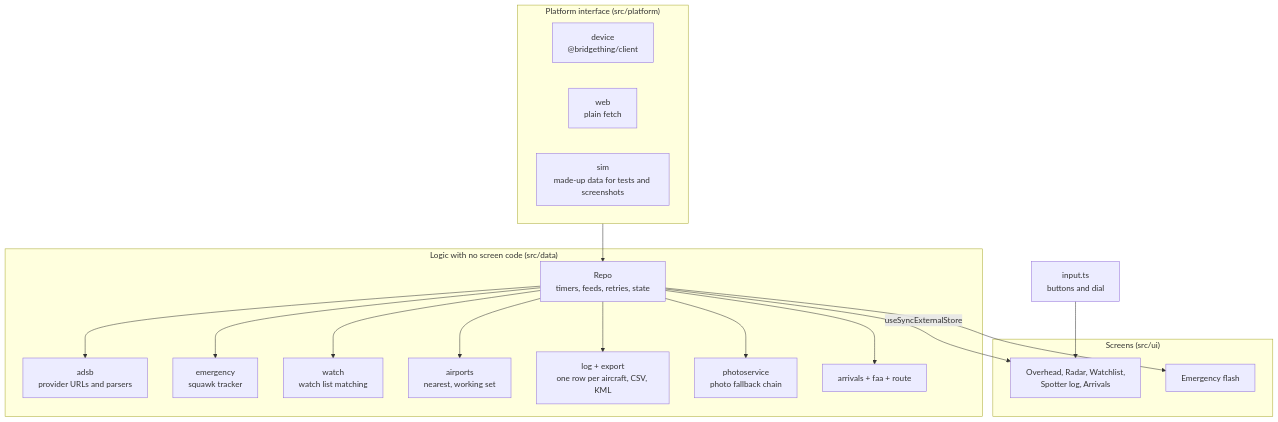
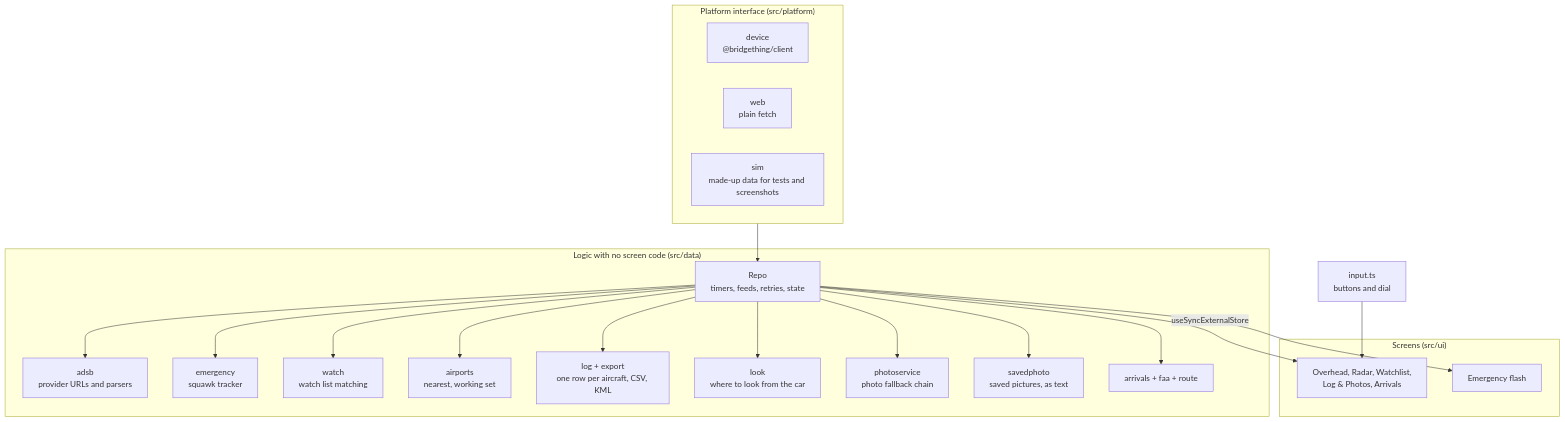
Before and after one commit to tomarlowe/plane-thing: the second of 5 diagrams in docs/architecture.md, drawn with Mermaid. The commit also changed other lines of this file and 28 other files, not shown here.

````diff
--- a/docs/architecture.md
+++ b/docs/architecture.md
@@ -41,27 +41,29 @@
 ```mermaid
 flowchart TB
   subgraph PLAT["Platform interface (src/platform)"]
     DEV["device<br/>@bridgething/client"]
     WEB["web<br/>plain fetch"]
     SIM["sim<br/>made-up data for tests and screenshots"]
   end
   subgraph DATA["Logic with no screen code (src/data)"]
     REPO["Repo<br/>timers, feeds, retries, state"]
     ADSBP["adsb<br/>provider URLs and parsers"]
     EM["emergency<br/>squawk tracker"]
     WATCH["watch<br/>watch list matching"]
     APT["airports<br/>nearest, working set"]
     LOG["log + export<br/>one row per aircraft, CSV, KML"]
+    LOOK["look<br/>where to look from the car"]
     PHOTOS["photoservice<br/>photo fallback chain"]
+    SAVED["savedphoto<br/>saved pictures, as text"]
     ARR["arrivals + faa + route"]
   end
   subgraph UI["Screens (src/ui)"]
-    SCR["Overhead, Radar, Watchlist,<br/>Spotter log, Arrivals"]
+    SCR["Overhead, Radar, Watchlist,<br/>Log & Photos, Arrivals"]
     FLASH["Emergency flash"]
   end
   PLAT --> REPO
-  REPO --> ADSBP & EM & WATCH & APT & LOG & PHOTOS & ARR
+  REPO --> ADSBP & EM & WATCH & APT & LOG & LOOK & PHOTOS & SAVED & ARR
   REPO -->|"useSyncExternalStore"| SCR
   REPO --> FLASH
   INPUT["input.ts<br/>buttons and dial"] --> SCR
 ```
````
